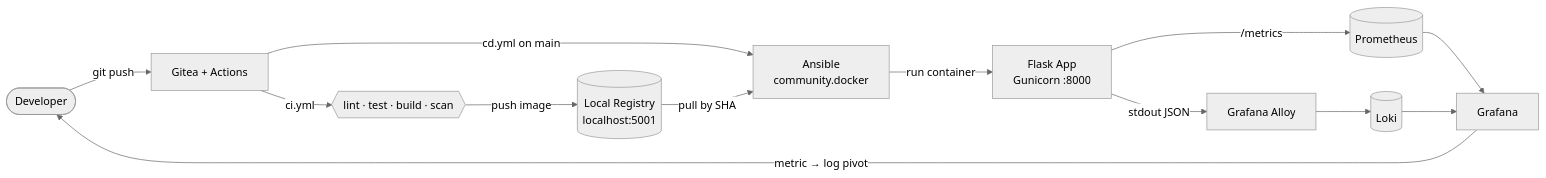
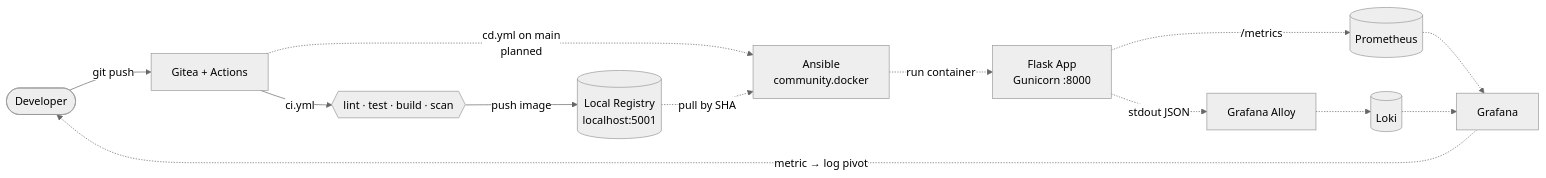
One commit to myloo23/MilanProjA-Szakdoga changed the first of 2 diagrams in README.md. Above: the diagram before and after it, drawn with Mermaid (neutral theme). The commit also changed other lines of this file and 9 other files, not shown here.

````diff
--- a/README.md
+++ b/README.md
@@ -28,15 +28,15 @@
 ```mermaid
 flowchart LR
     Dev([Developer]) -->|git push| Gitea[Gitea + Actions]
     Gitea -->|ci.yml| CI{{lint · test · build · scan}}
     CI -->|push image| Reg[(Local Registry<br/>localhost:5001)]
-    Gitea -->|cd.yml on main| Ansible[Ansible<br/>community.docker]
-    Reg -->|pull by SHA| Ansible
-    Ansible -->|run container| App[Flask App<br/>Gunicorn :8000]
-    App -->|/metrics| Prom[(Prometheus)]
-    App -->|stdout JSON| Alloy[Grafana Alloy]
-    Alloy --> Loki[(Loki)]
-    Prom --> Graf[Grafana]
-    Loki --> Graf
-    Graf -->|metric → log pivot| Dev
+    Gitea -.->|cd.yml on main<br/>planned| Ansible[Ansible<br/>community.docker]
+    Reg -.->|pull by SHA| Ansible
+    Ansible -.->|run container| App[Flask App<br/>Gunicorn :8000]
+    App -.->|/metrics| Prom[(Prometheus)]
+    App -.->|stdout JSON| Alloy[Grafana Alloy]
+    Alloy -.-> Loki[(Loki)]
+    Prom -.-> Graf[Grafana]
+    Loki -.-> Graf
+    Graf -.->|metric → log pivot| Dev
 ```
````
